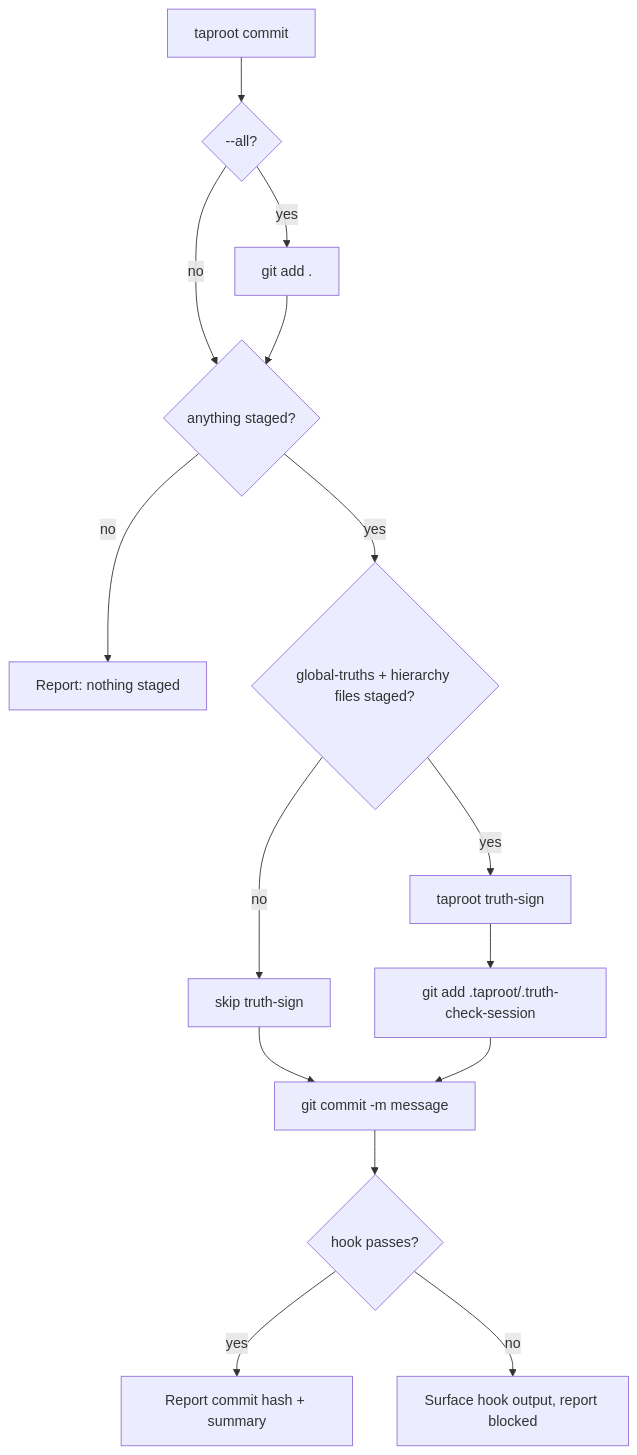
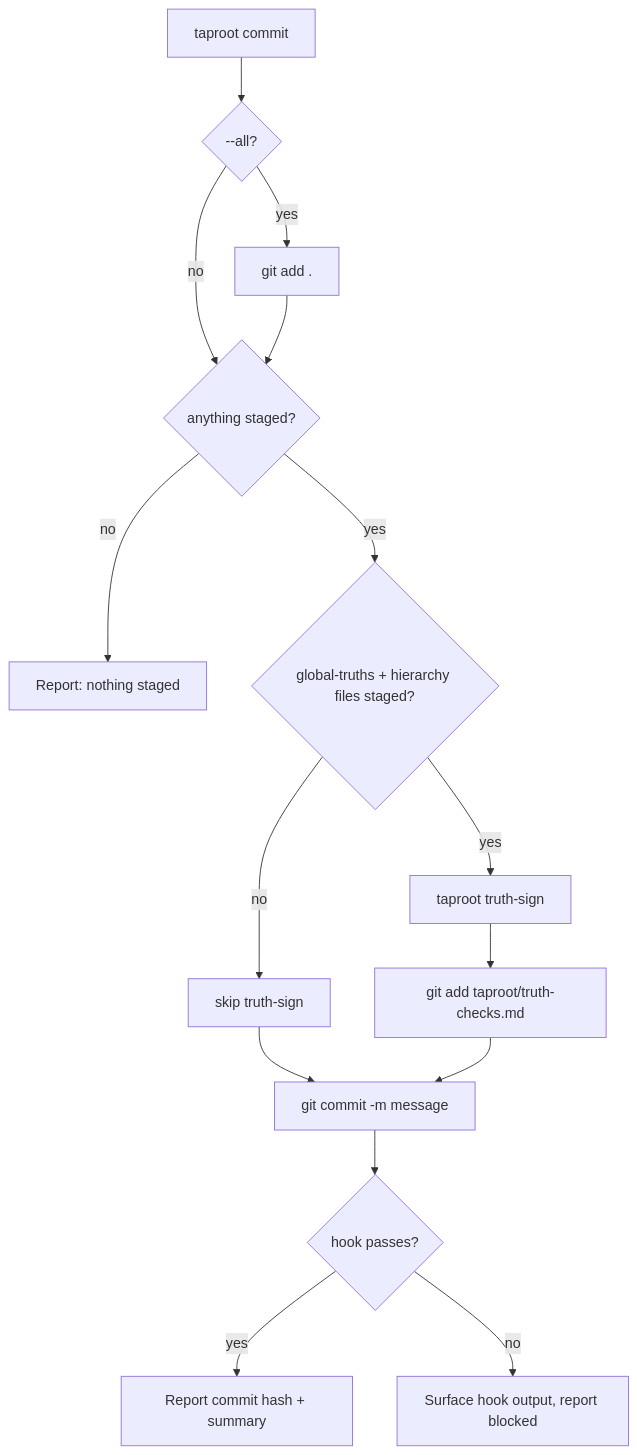
Before and after one commit to imix/taproot: the diagram in taproot/specs/quality-gates/commit-workflow/usecase.md, drawn with Mermaid. The commit also changed other lines of this file and 24 other files, not shown here.

Commit message:
fix: move truth-check session to taproot/truth-checks.md, gitignore .taproot/

````diff
--- a/taproot/specs/quality-gates/commit-workflow/usecase.md
+++ b/taproot/specs/quality-gates/commit-workflow/usecase.md
@@ -69,17 +69,17 @@
 ```mermaid
 flowchart TD
     A[taproot commit] --> B{--all?}
     B -->|yes| C[git add .]
     B -->|no| D{anything staged?}
     C --> D
     D -->|no| E[Report: nothing staged]
     D -->|yes| F{global-truths + hierarchy files staged?}
     F -->|yes| G[taproot truth-sign]
     F -->|no| H[skip truth-sign]
-    G --> I[git add .taproot/.truth-check-session]
+    G --> I[git add taproot/truth-checks.md]
     H --> J[git commit -m message]
     I --> J
     J --> K{hook passes?}
     K -->|yes| L[Report commit hash + summary]
     K -->|no| M[Surface hook output, report blocked]
 ```
````
